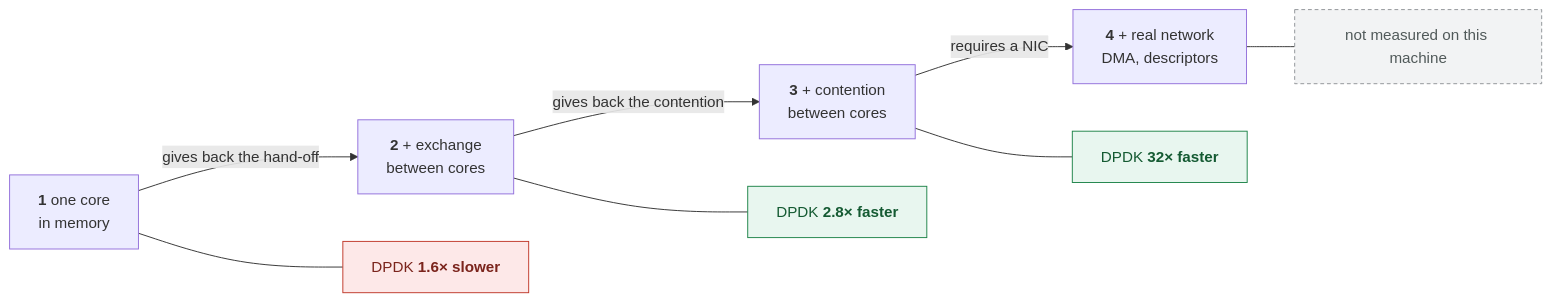
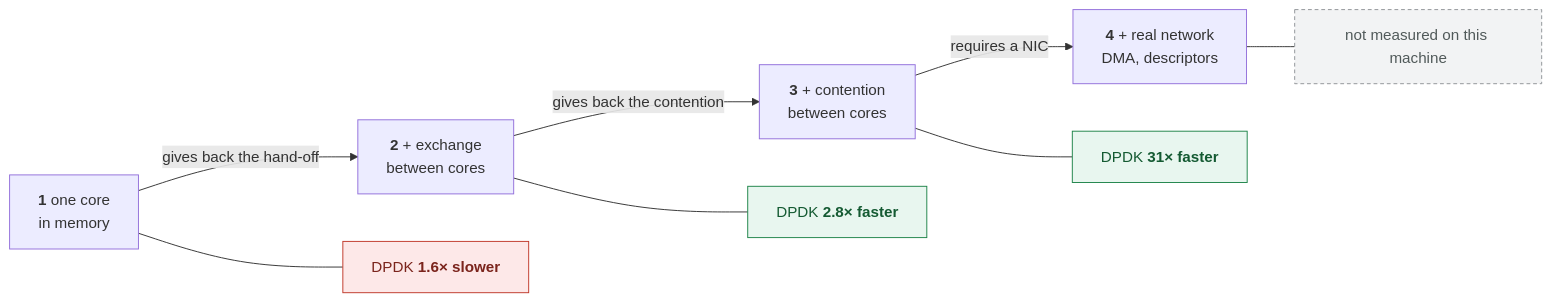
One commit to hroberto/labs-dpdk-academy changed the first of 2 diagrams in trilha/01-fundamentos/02-mempool-ring/alternativas/cpp23/README.en.md. Above: the diagram before and after it, drawn with Mermaid. The commit also changed other lines of this file and 42 other files, not shown here.

````diff
--- a/trilha/01-fundamentos/02-mempool-ring/alternativas/cpp23/README.en.md
+++ b/trilha/01-fundamentos/02-mempool-ring/alternativas/cpp23/README.en.md
@@ -129,29 +129,29 @@
 ```mermaid
 flowchart LR
     N1["<b>1</b> one core<br/>in memory"]
     N2["<b>2</b> + exchange<br/>between cores"]
     N3["<b>3</b> + contention<br/>between cores"]
     N4["<b>4</b> + real network<br/>DMA, descriptors"]
 
     N1 -->|"gives back the hand-off"| N2
     N2 -->|"gives back the contention"| N3
     N3 -->|"requires a NIC"| N4
 
     V1["DPDK <b>1.6× slower</b>"]
     V2["DPDK <b>2.8× faster</b>"]
-    V3["DPDK <b>32× faster</b>"]
+    V3["DPDK <b>31× faster</b>"]
     V4["not measured on this machine"]
 
     N1 --- V1
     N2 --- V2
     N3 --- V3
     N4 --- V4
 
     classDef perde fill:#fde8e8,stroke:#c0392b,color:#7b241c
     classDef ganha fill:#e8f6ef,stroke:#1e8449,color:#145a32
     classDef vazio fill:#f2f3f4,stroke:#909497,color:#515a5a,stroke-dasharray:4 3
     class V1 perde
     class V2 ganha
     class V3 ganha
     class V4 vazio
 ```
````
